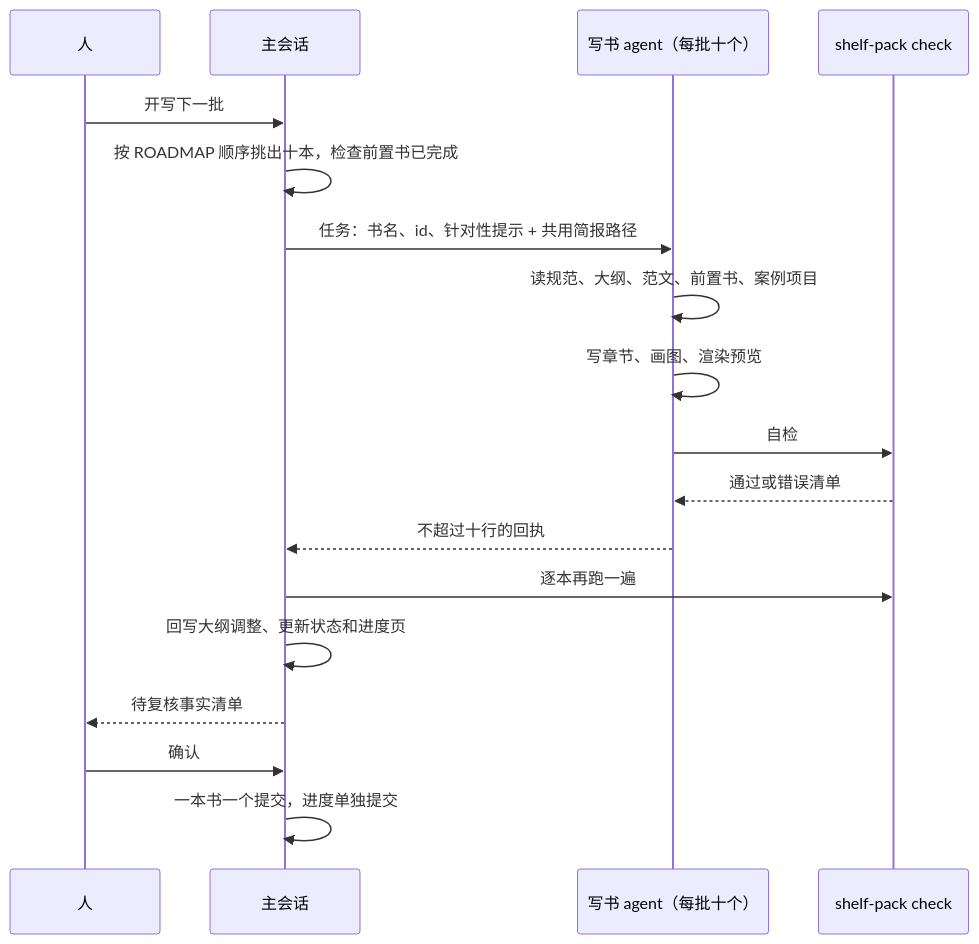
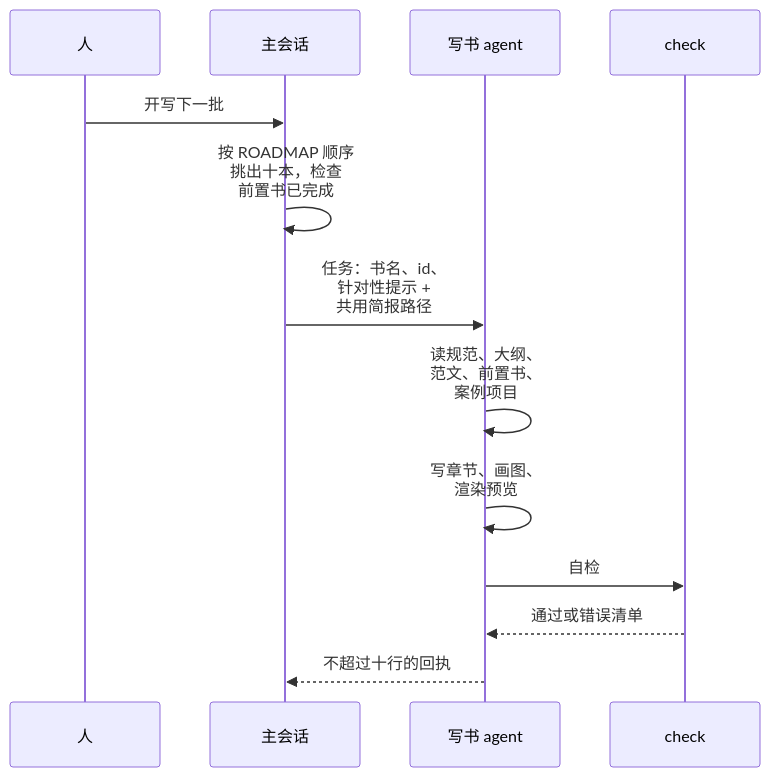
One commit to jarvis-pro/hatch-shelf changed the first of 2 diagrams in books/multi-agent/08-case-bookshelf.md. Above: the diagram before and after it, drawn with Mermaid. The commit also changed other lines of this file and 432 other files, not shown here.

````diff
--- a/books/multi-agent/08-case-bookshelf.md
+++ b/books/multi-agent/08-case-bookshelf.md
@@ -9,20 +9,15 @@
 ```mermaid
 sequenceDiagram
   participant H as 人
   participant M as 主会话
-  participant S as 写书 agent（每批十个）
-  participant C as shelf-pack check
+  participant S as 写书 agent
+  participant C as check
   H->>M: 开写下一批
-  M->>M: 按 ROADMAP 顺序挑出十本，检查前置书已完成
-  M->>S: 任务：书名、id、针对性提示 + 共用简报路径
-  S->>S: 读规范、大纲、范文、前置书、案例项目
-  S->>S: 写章节、画图、渲染预览
+  M->>M: 按 ROADMAP 顺序<br/>挑出十本，检查<br/>前置书已完成
+  M->>S: 任务：书名、id、<br/>针对性提示 +<br/>共用简报路径
+  S->>S: 读规范、大纲、<br/>范文、前置书、<br/>案例项目
+  S->>S: 写章节、画图、<br/>渲染预览
   S->>C: 自检
   C-->>S: 通过或错误清单
   S-->>M: 不超过十行的回执
-  M->>C: 逐本再跑一遍
-  M->>M: 回写大纲调整、更新状态和进度页
-  M-->>H: 待复核事实清单
-  H->>M: 确认
-  M->>M: 一本书一个提交，进度单独提交
 ```
````
